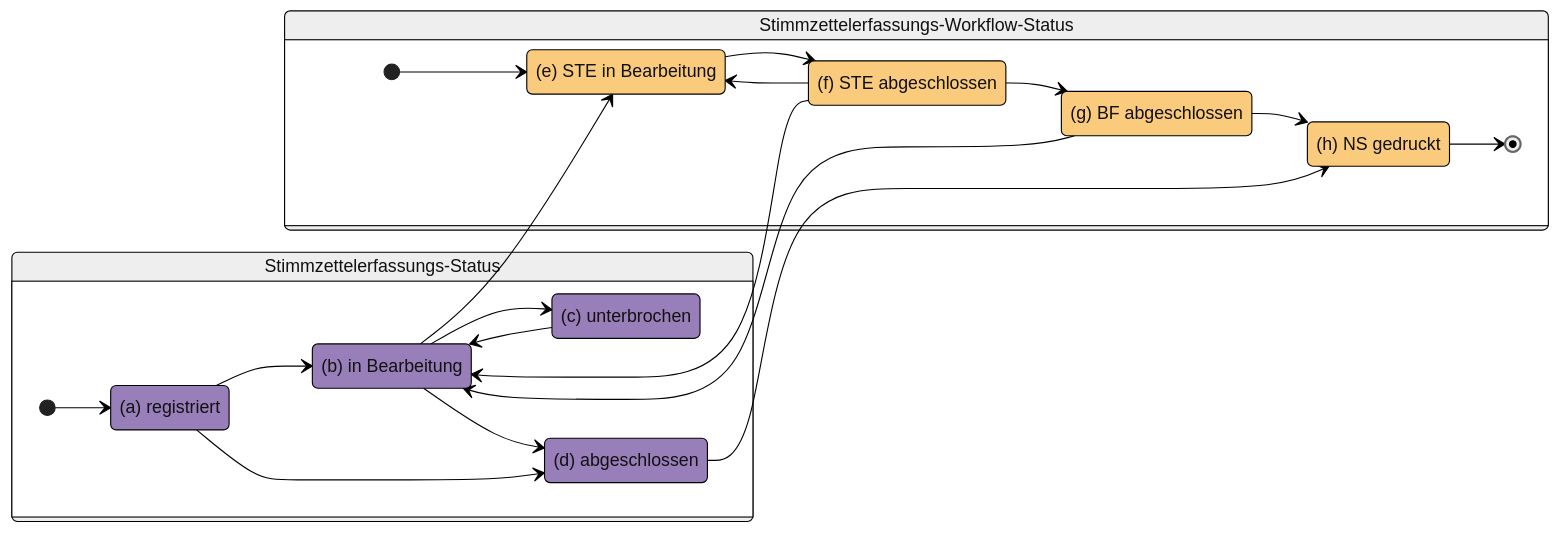
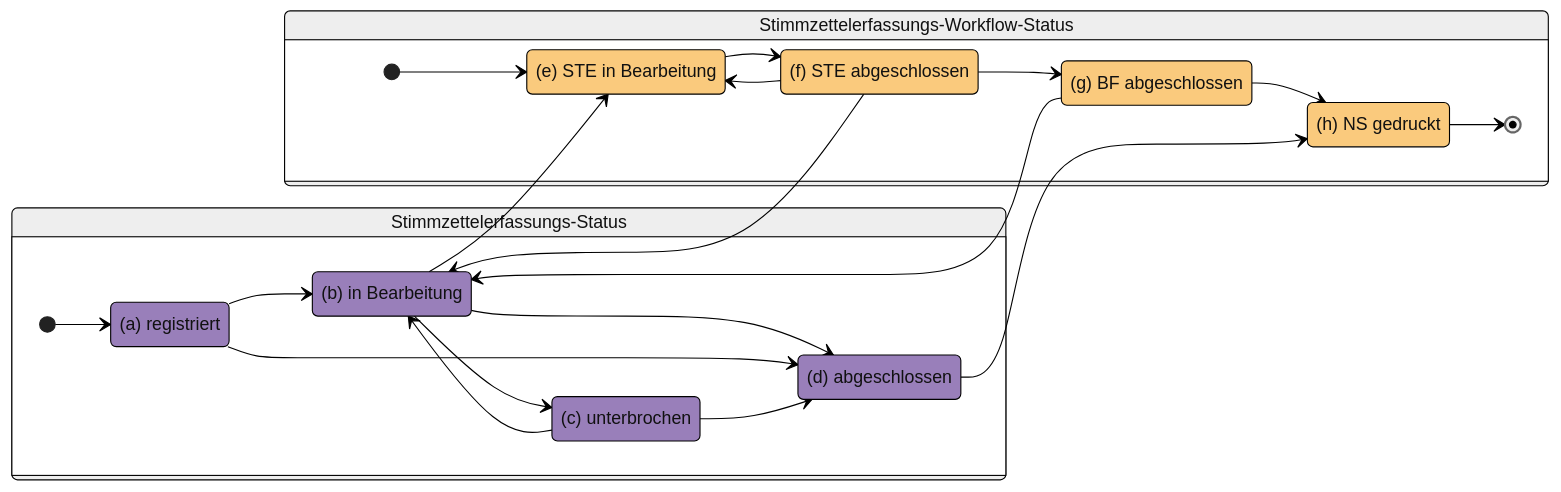
One commit to it-at-m/Wahllokalsystem changed the second of 3 diagrams in docs/src/dse/index.md. Above: the diagram before and after it, drawn with Mermaid (neutral theme). The commit also changed 1 other file, not shown here.

Commit message:
Update DSE Button-Logik

````diff
--- a/docs/src/dse/index.md
+++ b/docs/src/dse/index.md
@@ -71,42 +71,43 @@
 ```mermaid
 stateDiagram-v2 
     direction LR
     
     state "(a) registriert" as Registriert
     state "(b) in Bearbeitung" as InBearbeitung
     state "(c) unterbrochen" as Unterbrochen
     state "(d) abgeschlossen" as Abgeschlossen
     state "(e) STE in Bearbeitung" as STEInBearbeitung
     state "(f) STE abgeschlossen" as STEAbgeschlossen
     state "(g) BF abgeschlossen" as BFAbgeschlossen
     state "(h) NS gedruckt" as NSGedruckt
     
     state Stimmzettelerfassungs-Workflow-Status {
         [*] --> STEInBearbeitung
         STEAbgeschlossen --> BFAbgeschlossen
         STEAbgeschlossen --> STEInBearbeitung
         STEInBearbeitung --> STEAbgeschlossen
         InBearbeitung --> STEInBearbeitung
         STEAbgeschlossen --> InBearbeitung
         BFAbgeschlossen --> InBearbeitung 
         BFAbgeschlossen --> NSGedruckt
         Abgeschlossen --> NSGedruckt
         NSGedruckt --> [*]
     }
     
     state Stimmzettelerfassungs-Status {
         [*] --> Registriert
         Registriert --> InBearbeitung
         InBearbeitung --> Abgeschlossen
         Registriert --> Abgeschlossen
         InBearbeitung --> Unterbrochen
         Unterbrochen --> InBearbeitung
+        Unterbrochen --> Abgeschlossen
     }
       
     classDef steWfStatus fill:#faca7d
     classDef steStatus fill:#997fba
     
     class STEInBearbeitung,STEAbgeschlossen,BFAbgeschlossen,NSGedruckt steWfStatus
     class Registriert,InBearbeitung,Unterbrochen,Abgeschlossen steStatus
     
 ```
````
